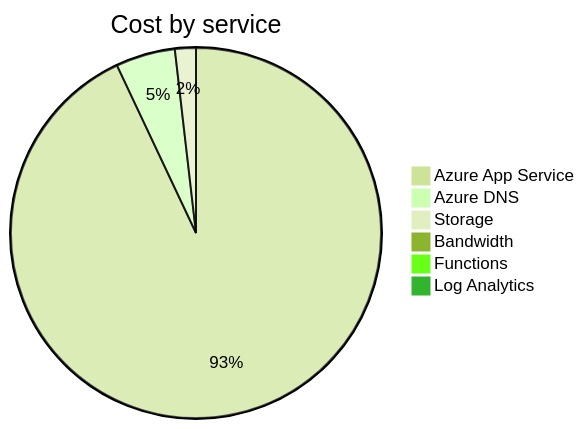
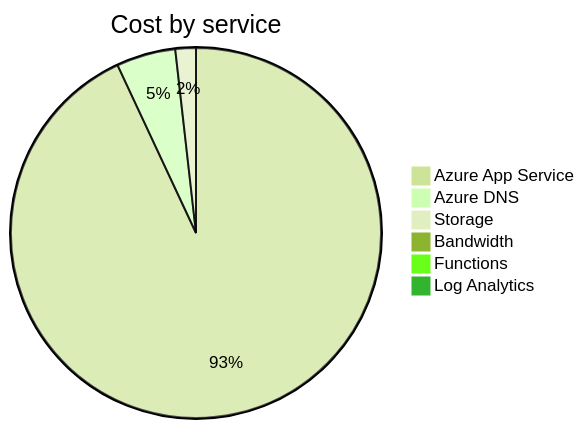
Before and after one commit to jpfulton/azure-personal-reports: the second of 4 diagrams in cost-reports/accumulated-cost.md, drawn with Mermaid (forest theme). The commit also changed other lines of this file and 4 other files, not shown here.

````diff
--- a/cost-reports/accumulated-cost.md
+++ b/cost-reports/accumulated-cost.md
@@ -100,10 +100,10 @@
 ```mermaid
 pie
    title Cost by service
-   "Azure App Service" : 12.20
-   "Azure DNS" : 0.68
-   "Storage" : 0.24
+   "Azure App Service" : 12.97
+   "Azure DNS" : 0.72
+   "Storage" : 0.25
    "Bandwidth" : 0.00
    "Functions" : 0.00
    "Log Analytics" : 0.00
 ```
````
